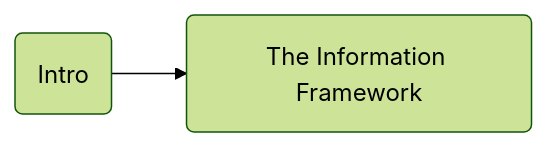
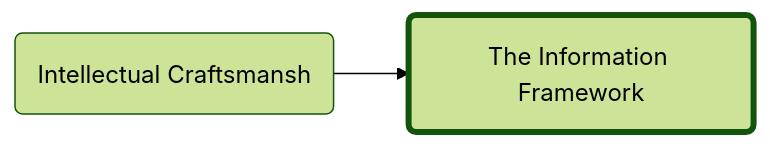
Before and after one commit to forrestpitz/forrestpitz.github.io: the first of 2 diagrams in _posts/2023-01-05-info-framework.md, drawn with Mermaid (forest theme). The commit also changed other lines of this file and 8 other files, not shown here.

````diff
--- a/_posts/2023-01-05-info-framework.md
+++ b/_posts/2023-01-05-info-framework.md
@@ -10,7 +12,8 @@
 ```mermaid
 graph LR;
-  A(Intro)-->B(The Information Framework)
+  A(Intellectual Craftsmansh)-->B(The Information Framework)
+
+  style B stroke-width:4px
 
   click A "{% post_url 2023-01-05-intro %}"
-  click B "{% post_url 2023-01-05-info-framework %}"
 ```
````
